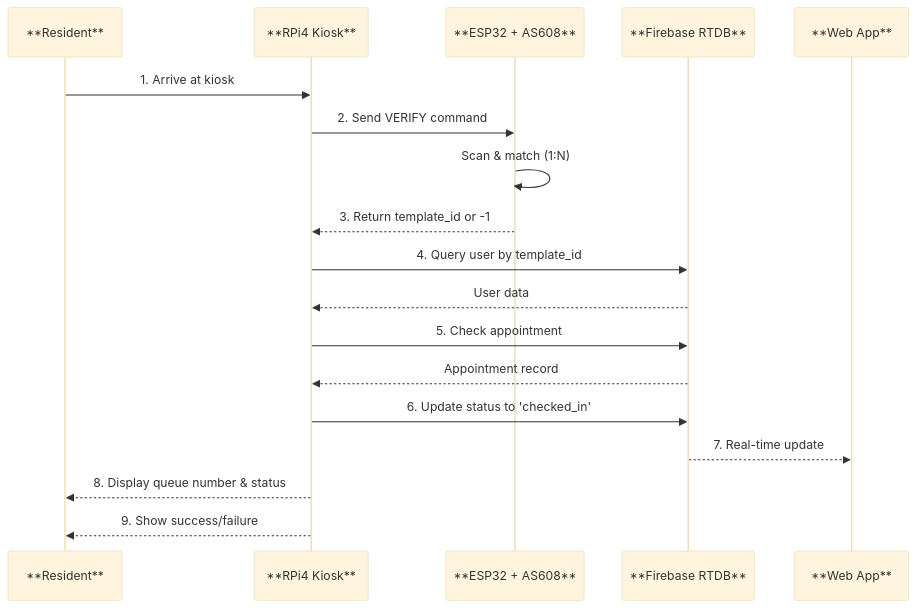
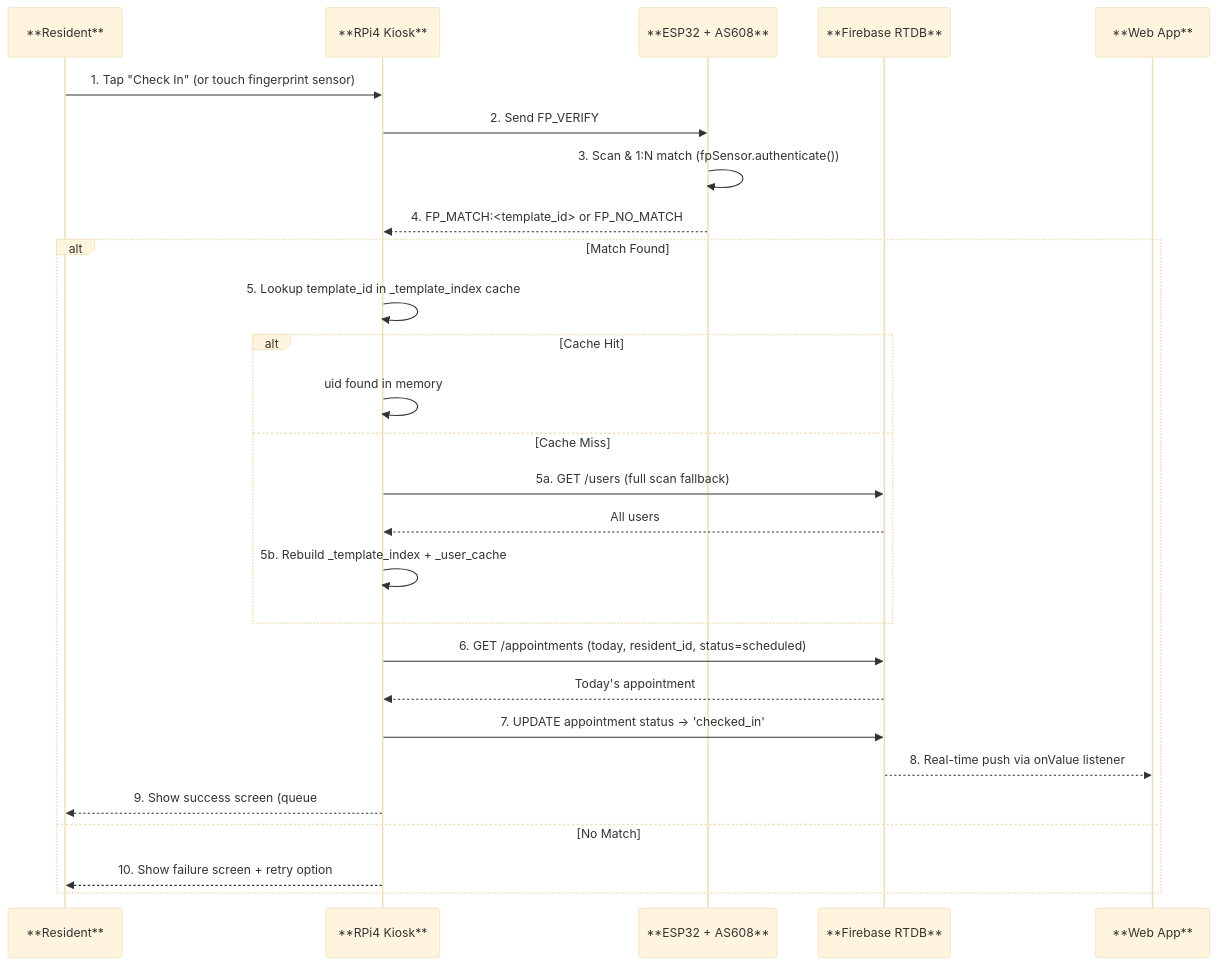
The third of 12 diagrams in docs/flow-diagrams.md (qppd/smart-appointment-scheduling-kiosk), drawn with Mermaid (base theme) before and after one commit. The commit also changed other lines of this file and 62 other files, not shown here.

````diff
--- a/docs/flow-diagrams.md
+++ b/docs/flow-diagrams.md
@@ -85,21 +97,33 @@
 ```mermaid
 sequenceDiagram
     participant RES as **Resident**
     participant KIOSK as **RPi4 Kiosk**
     participant ESP as **ESP32 + AS608**
     participant DB as **Firebase RTDB**
     participant WEB as **Web App**
 
-    RES ->> KIOSK: 1. Arrive at kiosk
-    KIOSK ->> ESP: 2. Send VERIFY command
-    ESP ->> ESP: Scan & match (1:N)
-    ESP -->> KIOSK: 3. Return template_id or -1
-    KIOSK ->> DB: 4. Query user by template_id
-    DB -->> KIOSK: User data
-    KIOSK ->> DB: 5. Check appointment
-    DB -->> KIOSK: Appointment record
-    KIOSK ->> DB: 6. Update status to 'checked_in'
-    DB -->> WEB: 7. Real-time update
-    KIOSK -->> RES: 8. Display queue number & status
-    KIOSK -->> RES: 9. Show success/failure
+    RES ->> KIOSK: 1. Tap "Check In" (or touch fingerprint sensor)
+    KIOSK ->> ESP: 2. Send FP_VERIFY
+    ESP ->> ESP: 3. Scan & 1:N match (fpSensor.authenticate())
+    ESP -->> KIOSK: 4. FP_MATCH:<template_id> or FP_NO_MATCH
+
+    alt Match Found
+        KIOSK ->> KIOSK: 5. Lookup template_id in _template_index cache
+        alt Cache Hit
+            KIOSK ->> KIOSK: uid found in memory
+        else Cache Miss
+            KIOSK ->> DB: 5a. GET /users (full scan fallback)
+            DB -->> KIOSK: All users
+            KIOSK ->> KIOSK: 5b. Rebuild _template_index + _user_cache
+        end
+
+        KIOSK ->> DB: 6. GET /appointments (today, resident_id, status=scheduled)
+        DB -->> KIOSK: Today's appointment
+
+        KIOSK ->> DB: 7. UPDATE appointment status → 'checked_in'
+        DB -->> WEB: 8. Real-time push via onValue listener
+        KIOSK -->> RES: 9. Show success screen (queue #, service name, time)
+    else No Match
+        KIOSK -->> RES: 10. Show failure screen + retry option
+    end
 ```
````
